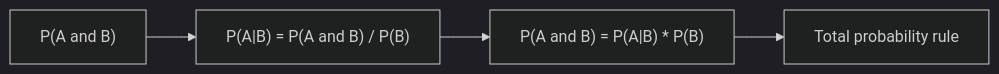
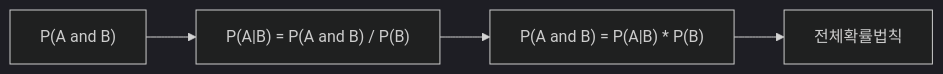
Before and after one commit to yeongseon-books/book-content: the diagram in content/probability-101/ko/03-conditional-probability.md, drawn with Mermaid (dark theme). The commit also changed other lines of this file and 9 other files, not shown here.

````diff
--- a/content/probability-101/ko/03-conditional-probability.md
+++ b/content/probability-101/ko/03-conditional-probability.md
@@ -35,6 +51,6 @@
 ```mermaid
 flowchart LR
     Joint["P(A and B)"] --> CondAB["P(A|B) = P(A and B) / P(B)"]
     CondAB --> Mult["P(A and B) = P(A|B) * P(B)"]
-    Mult --> Total["Total probability rule"]
+    Mult --> Total["전체확률법칙"]
 ```
````
